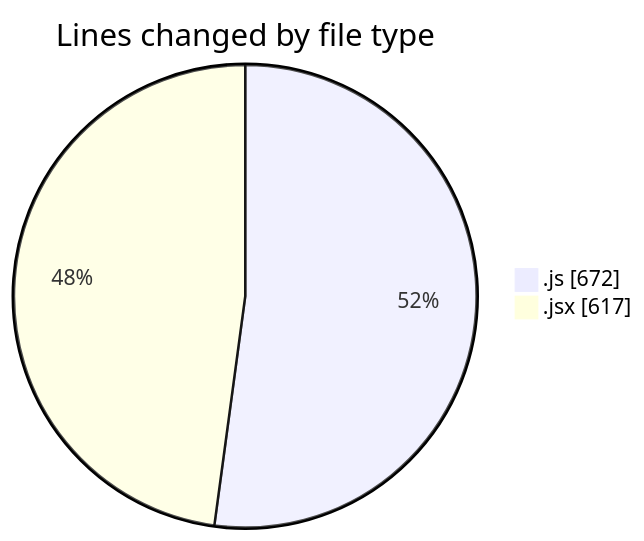
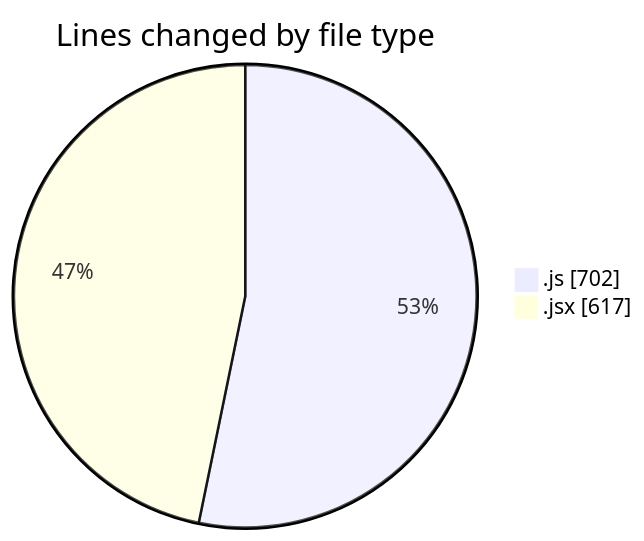
One commit to nxtqubesakshisongat/code-tracking changed the first of 2 diagrams in 2025-05-31/nxtqube_webapp/README.md. Above: the diagram before and after it, drawn with Mermaid. The commit also changed other lines of this file and 1 other file, not shown here.

````diff
--- a/2025-05-31/nxtqube_webapp/README.md
+++ b/2025-05-31/nxtqube_webapp/README.md
@@ -26,6 +26,6 @@
 ```mermaid
 pie showData
 title Lines changed by file type
-".js" : 672
+".js" : 702
 ".jsx" : 617
 ```
````
